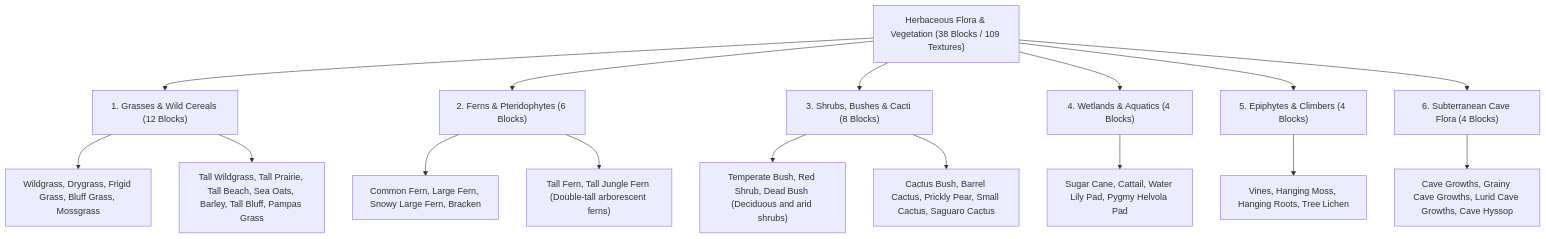
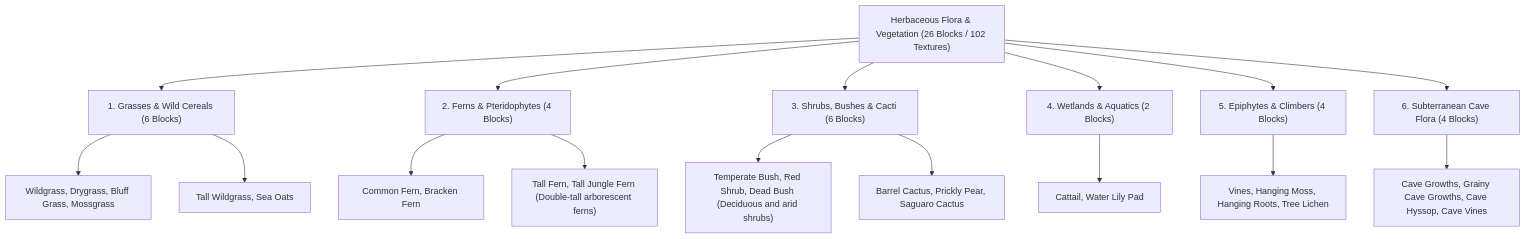
One commit to gabrtzweb/VoxelGameEngine changed the diagram in docs/worldbuilding/blocks/vegetation_design.md. Above: the diagram before and after it, drawn with Mermaid. The commit also changed other lines of this file and 401 other files, not shown here.

Commit message:
flora and new blocks

````diff
--- a/docs/worldbuilding/blocks/vegetation_design.md
+++ b/docs/worldbuilding/blocks/vegetation_design.md
@@ -21,24 +21,24 @@
 ```mermaid
 graph TD
-    V["Herbaceous Flora & Vegetation (38 Blocks / 109 Textures)"] --> A["1. Grasses & Wild Cereals (12 Blocks)"]
-    V --> B["2. Ferns & Pteridophytes (6 Blocks)"]
-    V --> C["3. Shrubs, Bushes & Cacti (8 Blocks)"]
-    V --> D["4. Wetlands & Aquatics (4 Blocks)"]
+    V["Herbaceous Flora & Vegetation (26 Blocks / 102 Textures)"] --> A["1. Grasses & Wild Cereals (6 Blocks)"]
+    V --> B["2. Ferns & Pteridophytes (4 Blocks)"]
+    V --> C["3. Shrubs, Bushes & Cacti (6 Blocks)"]
+    V --> D["4. Wetlands & Aquatics (2 Blocks)"]
     V --> E["5. Epiphytes & Climbers (4 Blocks)"]
     V --> F["6. Subterranean Cave Flora (4 Blocks)"]
 
-    A --> A1["Wildgrass, Drygrass, Frigid Grass, Bluff Grass, Mossgrass"]
-    A --> A2["Tall Wildgrass, Tall Prairie, Tall Beach, Sea Oats, Barley, Tall Bluff, Pampas Grass"]
+    A --> A1["Wildgrass, Drygrass, Bluff Grass, Mossgrass"]
+    A --> A2["Tall Wildgrass, Sea Oats"]
 
-    B --> B1["Common Fern, Large Fern, Snowy Large Fern, Bracken"]
+    B --> B1["Common Fern, Bracken Fern"]
     B --> B2["Tall Fern, Tall Jungle Fern (Double-tall arborescent ferns)"]
 
     C --> C1["Temperate Bush, Red Shrub, Dead Bush (Deciduous and arid shrubs)"]
-    C --> C2["Cactus Bush, Barrel Cactus, Prickly Pear, Small Cactus, Saguaro Cactus"]
+    C --> C2["Barrel Cactus, Prickly Pear, Saguaro Cactus"]
 
-    D --> D1["Sugar Cane, Cattail, Water Lily Pad, Pygmy Helvola Pad"]
+    D --> D1["Cattail, Water Lily Pad"]
 
     E --> E1["Vines, Hanging Moss, Hanging Roots, Tree Lichen"]
 
-    F --> F1["Cave Growths, Grainy Cave Growths, Lurid Cave Growths, Cave Hyssop"]
+    F --> F1["Cave Growths, Grainy Cave Growths, Cave Hyssop, Cave Vines"]
 ```
````
